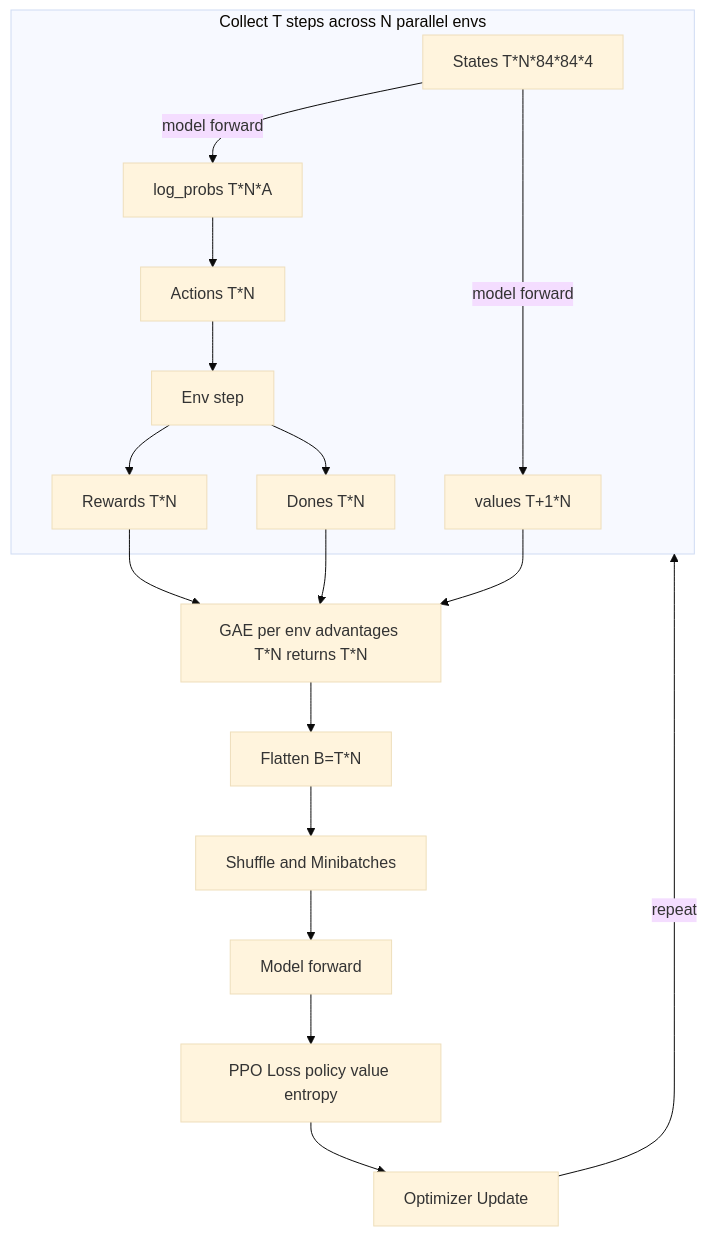
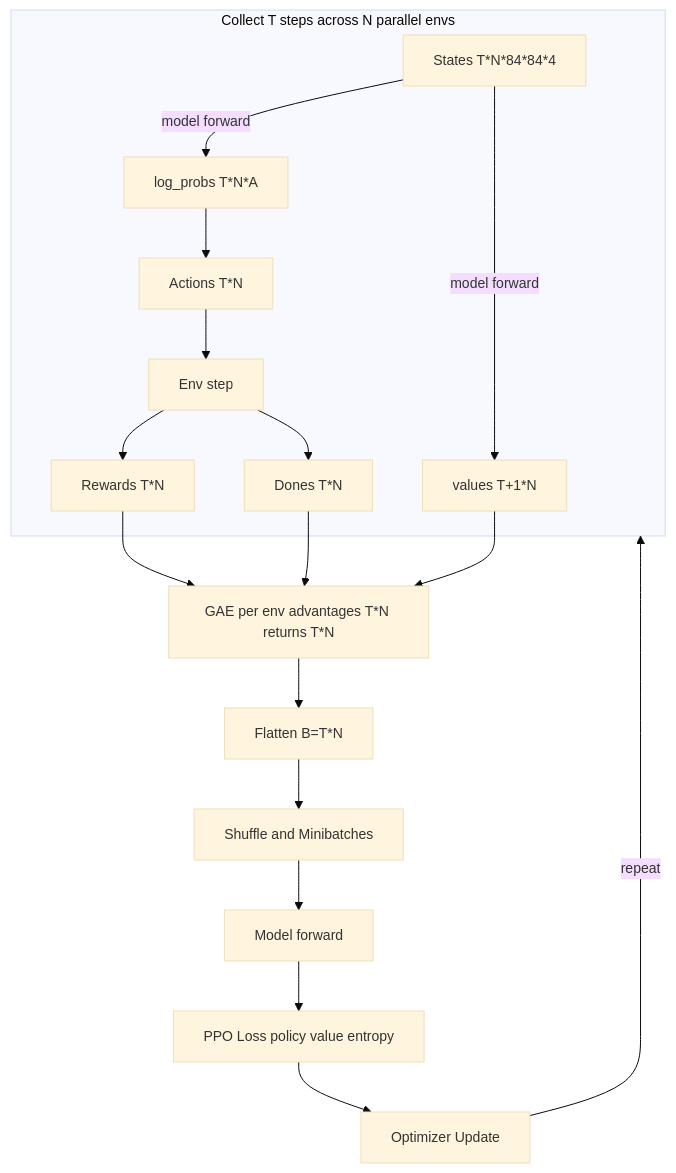
The first of 2 diagrams in examples/ppo_nnx/docs/ppo_summary.md (s27183/flax), drawn with Mermaid before and after one commit. The commit also changed 1 other file, not shown here.

Commit message:
Update `ppo_summary.md` flowcharts with enhanced Mermaid themes and new styling
Improved the readability and aesthetics of Mermaid flowcharts by applying custom themes with new font settings, text size, and colors. Changed flowchart direction to enhance visualization. Deleted outdated `ppo_summary.pdf` and replaced it with the updated version to align with the revised documentation.

````diff
--- a/examples/ppo_nnx/docs/ppo_summary.md
+++ b/examples/ppo_nnx/docs/ppo_summary.md
@@ -326,30 +326,30 @@
 ```mermaid
 %%{init: {
   "theme": "base",
   "themeVariables": {
     "fontFamily": "Georgia, Times, serif",
-    "fontSize": "16px",
+    "fontSize": "14px",
     "textColor": "#222"
   }
 }}%%
 flowchart TD
   subgraph Rollout[Collect T steps across N parallel envs]
     S[States T*N*84*84*4]
     S -->|model forward| LOGP[log_probs T*N*A]
     S -->|model forward| VAL[values T+1*N]
     LOGP --> A[Actions T*N]
     A --> E[Env step]
     E --> R[Rewards T*N]
     E --> D[Dones T*N]
   end
 
   R --> GAE[GAE per env advantages T*N returns T*N]
   D --> GAE
   VAL --> GAE
   GAE --> FLAT[Flatten B=T*N]
   FLAT --> SHUF[Shuffle and Minibatches]
   SHUF --> MODEL[Model forward]
   MODEL --> LOSS[PPO Loss policy value entropy]
   LOSS --> OPT[Optimizer Update]
   OPT -->|repeat| Rollout
 ```
````
